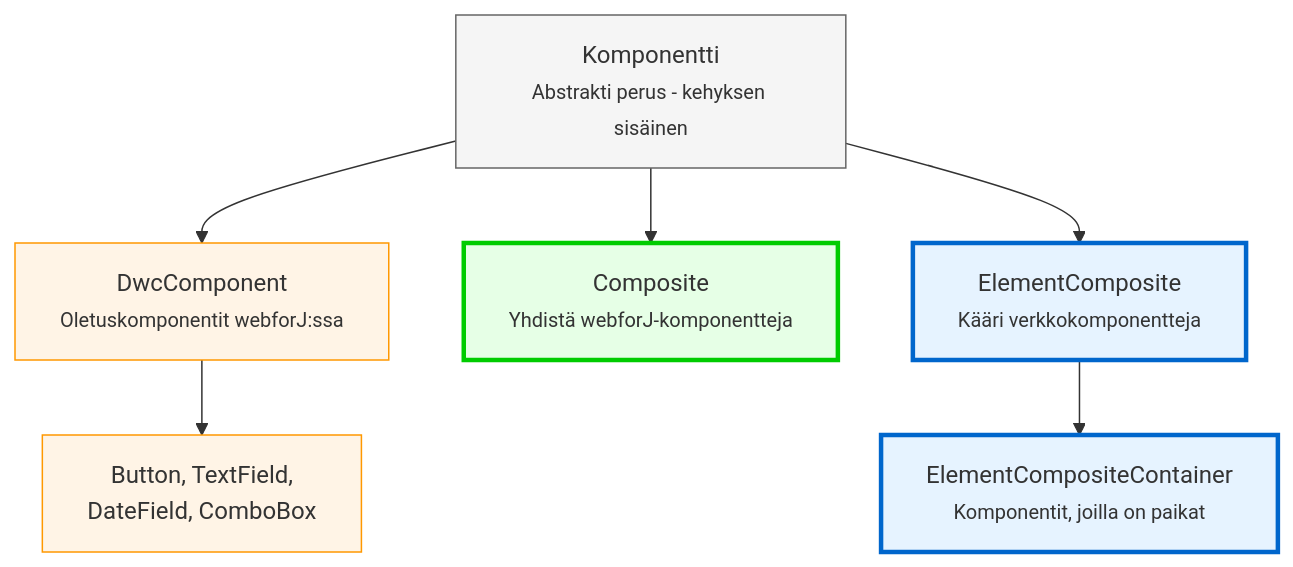
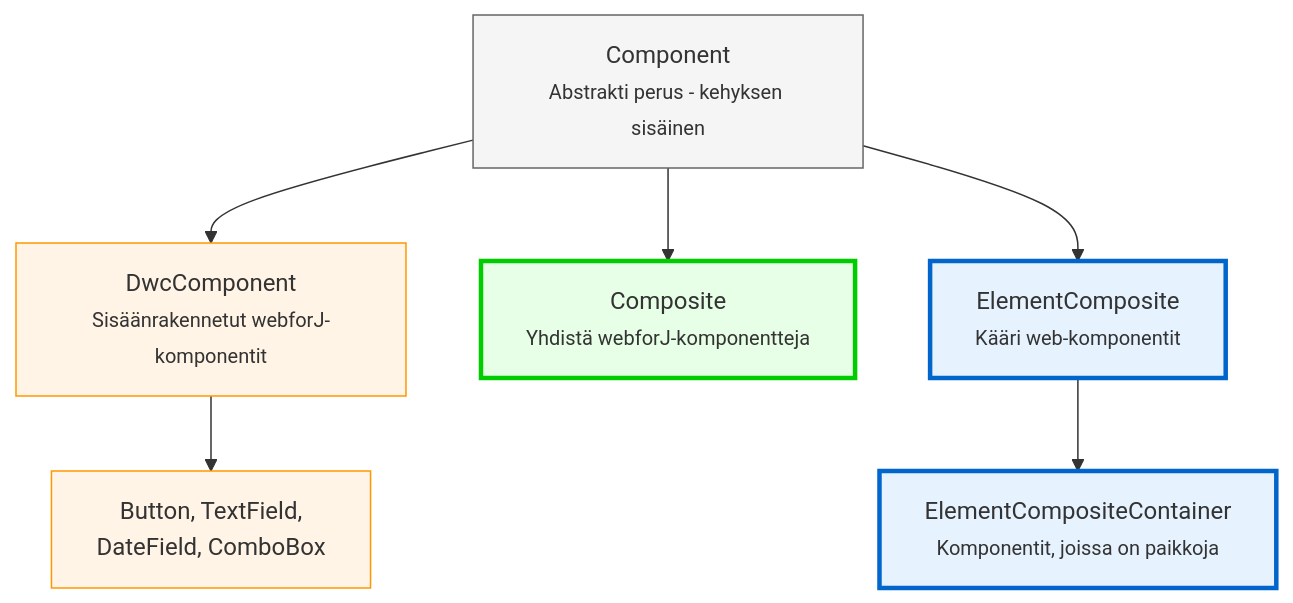
One commit to webforj/webforj-documentation changed the diagram in docs/i18n/fi/docusaurus-plugin-content-docs/current/building-ui/component-fundamentals.md. Above: the diagram before and after it, drawn with Mermaid. The commit also changed other lines of this file and 209 other files, not shown here.

Commit message:
fix: add code tags to messed up Finnish file element-composite.md - Copied the translated files from the translation build - Fixed the error in the Finnish file

````diff
--- a/docs/i18n/fi/docusaurus-plugin-content-docs/current/building-ui/component-fundamentals.md
+++ b/docs/i18n/fi/docusaurus-plugin-content-docs/current/building-ui/component-fundamentals.md
@@ -53,22 +52,22 @@
 ```mermaid
 graph TD
-    A[Komponentti<br/><small>Abstrakti perus - kehyksen sisäinen</small>]
+    A[Component<br/><small>Abstrakti perus - kehyksen sisäinen</small>]
     
-    A --> B[DwcComponent<br/><small>Oletuskomponentit webforJ:ssa</small>]
+    A --> B[DwcComponent<br/><small>Sisäänrakennetut webforJ-komponentit</small>]
     A --> C[Composite<br/><small>Yhdistä webforJ-komponentteja</small>]
-    A --> D[ElementComposite<br/><small>Kääri verkkokomponentteja</small>]
+    A --> D[ElementComposite<br/><small>Kääri web-komponentit</small>]
     
     B --> E[Button, TextField,<br/>DateField, ComboBox]
     
-    D --> F[ElementCompositeContainer<br/><small>Komponentit, joilla on paikat</small>]
+    D --> F[ElementCompositeContainer<br/><small>Komponentit, joissa on paikkoja</small>]
     
     style A fill:#f5f5f5,stroke:#666
     style B fill:#fff4e6,stroke:#ff9800
     style C fill:#e6ffe6,stroke:#00cc00
     style D fill:#e6f3ff,stroke:#0066cc
     style E fill:#fff4e6,stroke:#ff9800
     style F fill:#e6f3ff,stroke:#0066cc
     
     classDef userClass stroke-width:3px
     class C,D,F userClass
 ```
````
